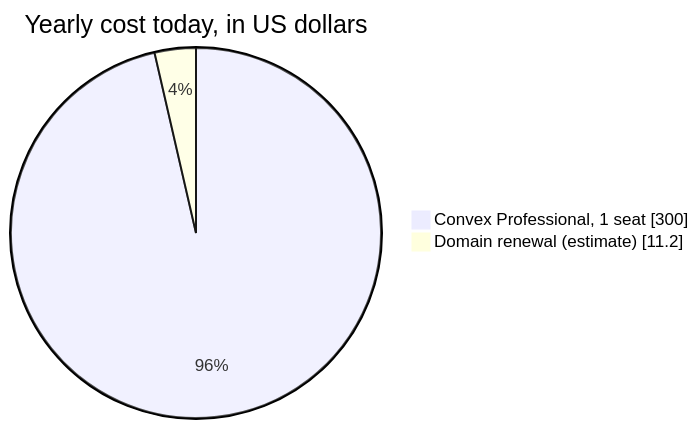
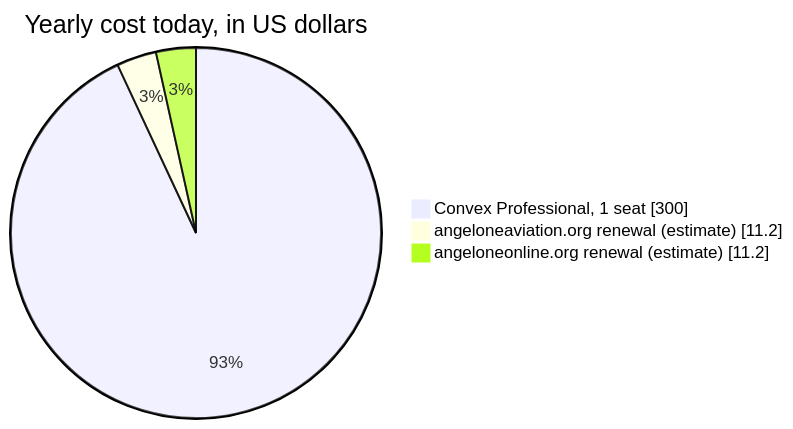
Before and after one commit to angelone-aviation/AO-aircraft-maintenance: the diagram in docs/handbook/4-money-and-risk/services-and-costs.md, drawn with Mermaid. The commit also changed other lines of this file and 5 other files, not shown here.

First line of the commit message:
Name both domains: angeloneaviation.org for the app, angeloneonline.org for email

````diff
--- a/docs/handbook/4-money-and-risk/services-and-costs.md
+++ b/docs/handbook/4-money-and-risk/services-and-costs.md
@@ -45,5 +46,6 @@
 ```mermaid
 pie showData title Yearly cost today, in US dollars
   "Convex Professional, 1 seat" : 300
-  "Domain renewal (estimate)" : 11.2
+  "angeloneaviation.org renewal (estimate)" : 11.2
+  "angeloneonline.org renewal (estimate)" : 11.2
 ```
````
